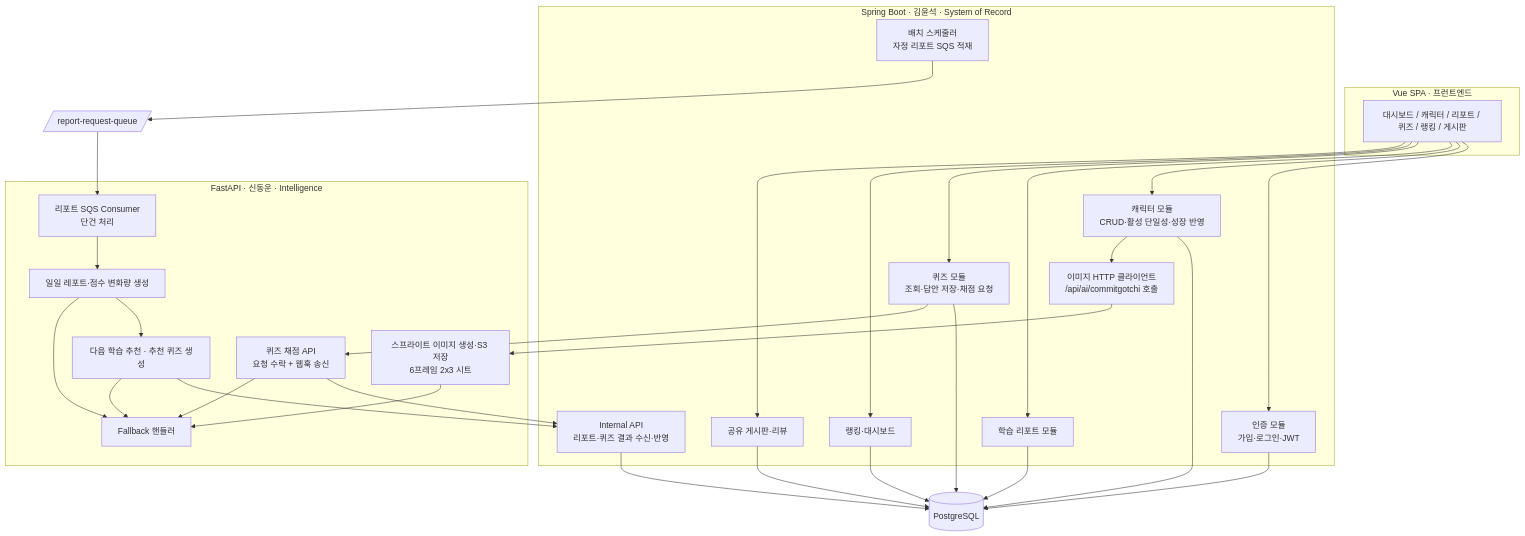
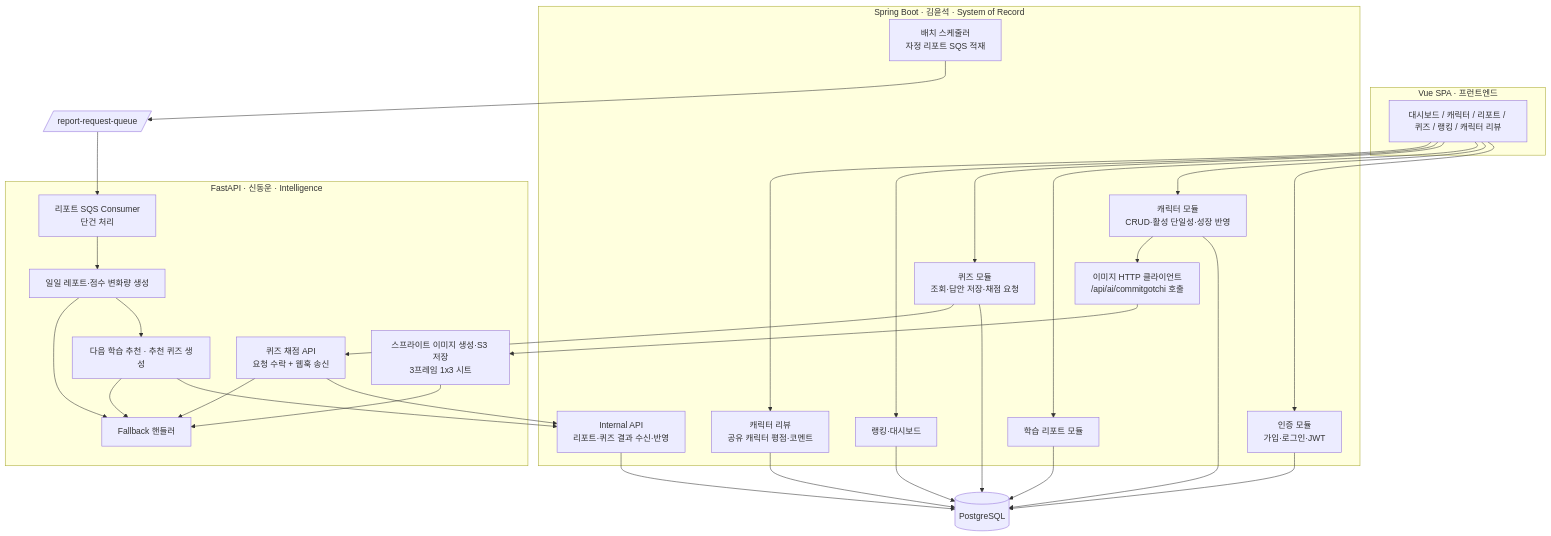
Before and after one commit to YunAndDong/commitgotchi: the second of 15 diagrams in _bmad-output/planning-artifacts/architecture/architecture-commitgotchi-2026-06-07/architecture.md, drawn with Mermaid. The commit also changed other lines of this file and 2 other files, not shown here.

Commit message:
docs(architecture.md): 캐릭터 생성에 관한 문저 재정렬

````diff
--- a/_bmad-output/planning-artifacts/architecture/architecture-commitgotchi-2026-06-07/architecture.md
+++ b/_bmad-output/planning-artifacts/architecture/architecture-commitgotchi-2026-06-07/architecture.md
@@ -155,45 +155,45 @@
 ```mermaid
 flowchart TB
   subgraph FE[Vue SPA · 프런트엔드]
-    UI[대시보드 / 캐릭터 / 리포트 / 퀴즈 / 랭킹 / 게시판]
+    UI[대시보드 / 캐릭터 / 리포트 / 퀴즈 / 랭킹 / 캐릭터 리뷰]
   end
 
   subgraph BE[Spring Boot · 김윤석 · System of Record]
     AUTH[인증 모듈<br/>가입·로그인·JWT]
     CHAR[캐릭터 모듈<br/>CRUD·활성 단일성·성장 반영]
     LOG[학습 리포트 모듈]
     QUIZ[퀴즈 모듈<br/>조회·답안 저장·채점 요청]
     BATCH[배치 스케줄러<br/>자정 리포트 SQS 적재]
     IMGREQ[이미지 HTTP 클라이언트<br/>/api/ai/commitgotchi 호출]
     INTERNAL[Internal API<br/>리포트·퀴즈 결과 수신·반영]
     RANK[랭킹·대시보드]
-    BOARD[공유 게시판·리뷰]
+    REVIEW[캐릭터 리뷰<br/>공유 캐릭터 평점·코멘트]
   end
 
   subgraph AI[FastAPI · 신동운 · Intelligence]
     CONSUMER[리포트 SQS Consumer<br/>단건 처리]
     GRADEASYNC[퀴즈 채점 API<br/>요청 수락 + 웹훅 송신]
     REPORT[일일 레포트·점수 변화량 생성]
     RECO[다음 학습 추천 · 추천 퀴즈 생성]
-    IMG[스프라이트 이미지 생성·S3 저장<br/>6프레임 2x3 시트]
+    IMG[스프라이트 이미지 생성·S3 저장<br/>3프레임 1x3 시트]
     FALLBACK[Fallback 핸들러]
   end
 
   DB[(PostgreSQL)]
   RQ[/report-request-queue/]
 
-  UI --> AUTH & CHAR & LOG & QUIZ & RANK & BOARD
-  AUTH & CHAR & LOG & QUIZ & RANK & BOARD --> DB
+  UI --> AUTH & CHAR & LOG & QUIZ & RANK & REVIEW
+  AUTH & CHAR & LOG & QUIZ & RANK & REVIEW --> DB
 
   %% 흐름 A — 리포트(자정 배치)
   BATCH --> RQ --> CONSUMER --> REPORT --> RECO --> INTERNAL
 
   %% 흐름 B — 퀴즈 채점(비동기 웹훅)
   QUIZ --> GRADEASYNC --> INTERNAL
 
   %% 흐름 C — 이미지(동기 HTTP)
   CHAR --> IMGREQ --> IMG
 
   REPORT & RECO & GRADEASYNC & IMG --> FALLBACK
   INTERNAL --> DB
 ```
````
